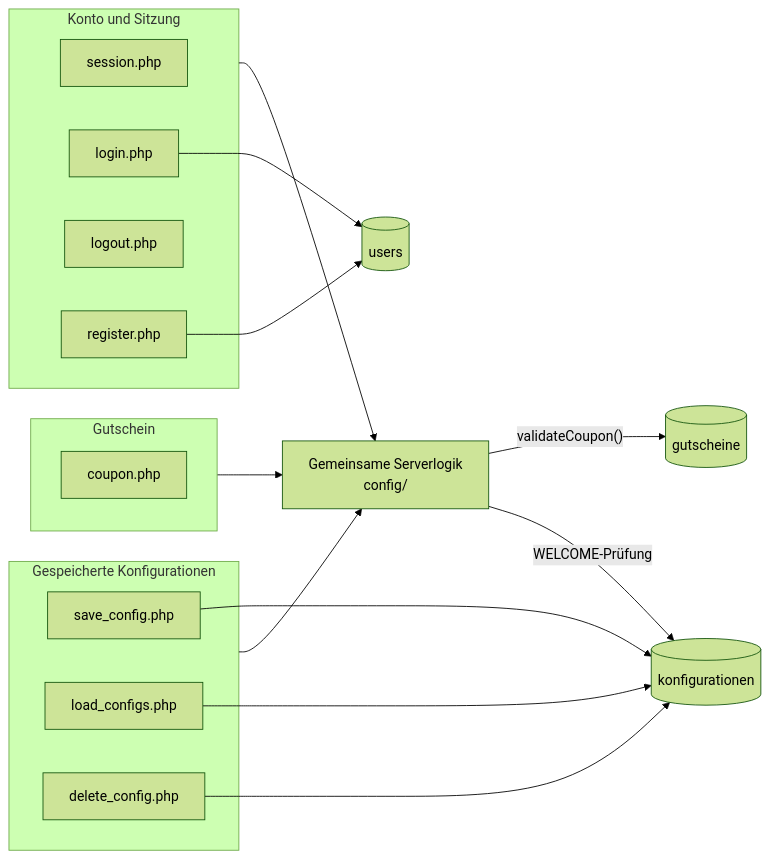
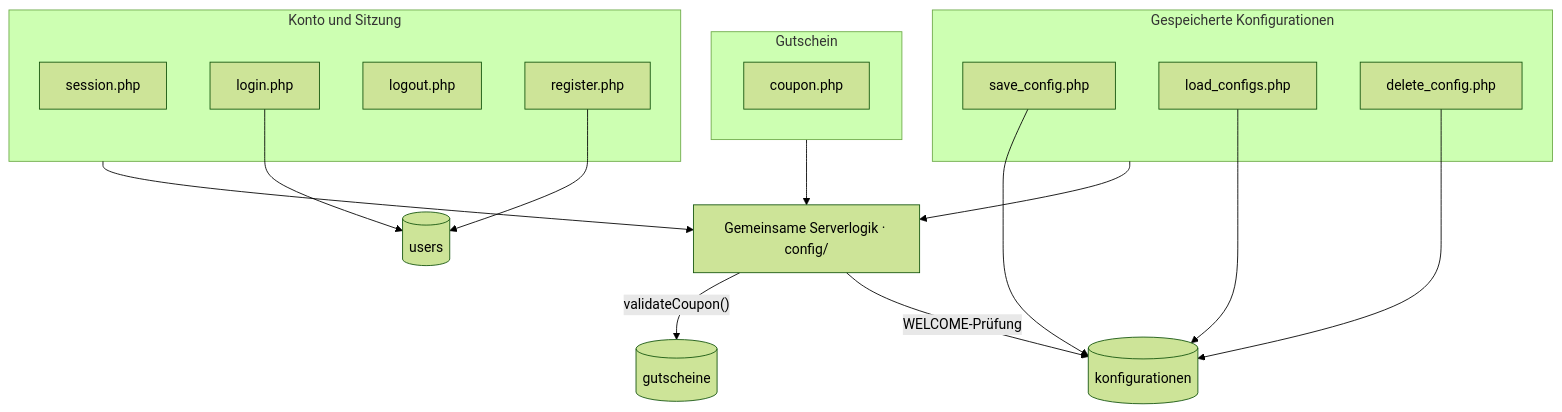
One commit to Familienmann89/Pizza-Tracker- changed the third of 3 diagrams in docs/arch/A05 - Bausteinsicht.md. Above: the diagram before and after it, drawn with Mermaid (forest theme). The commit also changed other lines of this file, not shown here.

````diff
--- a/docs/arch/A05 - Bausteinsicht.md
+++ b/docs/arch/A05 - Bausteinsicht.md
@@ -273,32 +277,32 @@
 ```mermaid
-flowchart LR
+flowchart TD
     subgraph Konto["Konto und Sitzung"]
         SE["session.php"]
         LI["login.php"]
         LOUT["logout.php"]
         RG["register.php"]
     end
     subgraph Gut["Gutschein"]
         CO["coupon.php"]
     end
     subgraph Konf["Gespeicherte Konfigurationen"]
         SV["save_config.php"]
         LD["load_configs.php"]
         DL["delete_config.php"]
     end
-    H["Gemeinsame Serverlogik<br/>config/"]
+    H["Gemeinsame Serverlogik · config/"]
     T1[("users")]
     T2[("konfigurationen")]
     T3[("gutscheine")]
 
     Konto --> H
     Gut --> H
     Konf --> H
     LI --> T1
     RG --> T1
     SV --> T2
     LD --> T2
     DL --> T2
     H -->|"validateCoupon()"| T3
     H -->|"WELCOME-Prüfung"| T2
 ```
````
